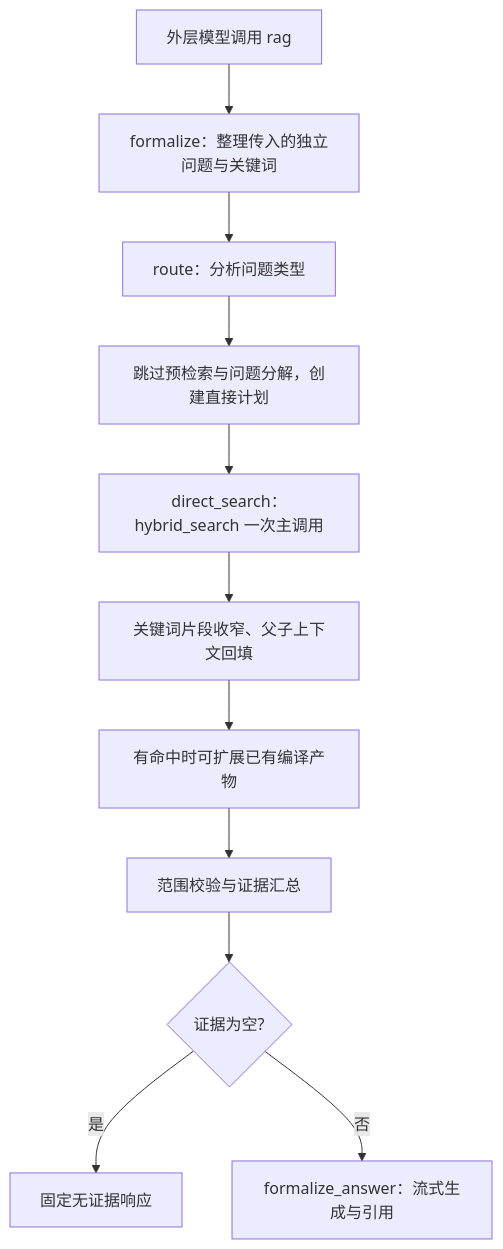
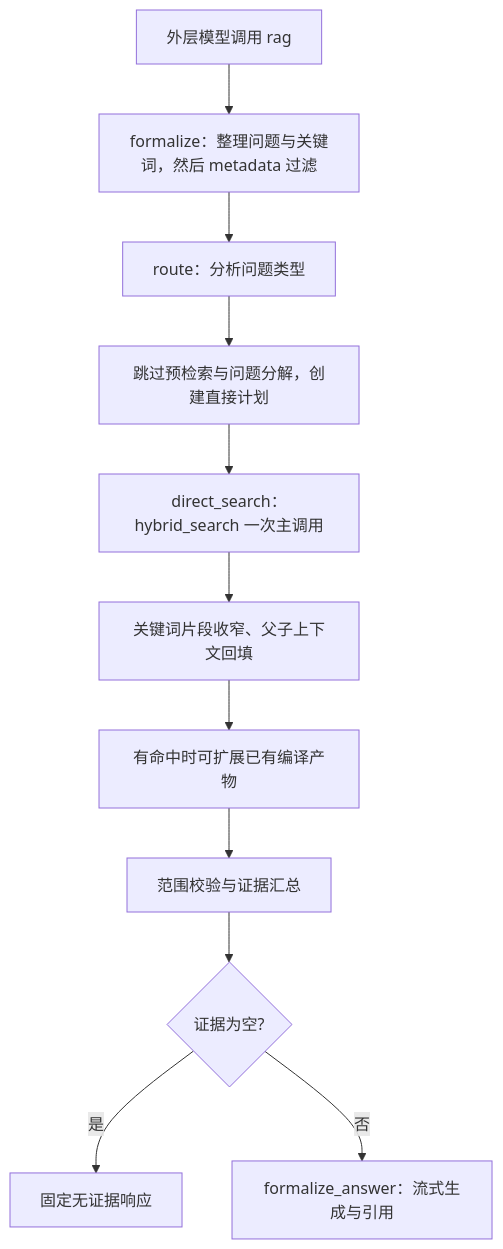
One commit to ZYF77/TYrag changed the third of 7 diagrams in docs/rag-current-guide.md. Above: the diagram before and after it, drawn with Mermaid. The commit also changed other lines of this file and 31 other files, not shown here.

````diff
--- a/docs/rag-current-guide.md
+++ b/docs/rag-current-guide.md
@@ -73,13 +71,13 @@
 ```mermaid
 flowchart TD
-  A[外层模型调用 rag] --> B[formalize：整理传入的独立问题与关键词]
+  A[外层模型调用 rag] --> B[formalize：整理问题与关键词，然后 metadata 过滤]
   B --> C[route：分析问题类型]
   C --> D[跳过预检索与问题分解，创建直接计划]
   D --> E[direct_search：hybrid_search 一次主调用]
   E --> F[关键词片段收窄、父子上下文回填]
   F --> G[有命中时可扩展已有编译产物]
   G --> H[范围校验与证据汇总]
   H --> I{证据为空?}
   I -->|是| J[固定无证据响应]
   I -->|否| K[formalize_answer：流式生成与引用]
 ```
````
